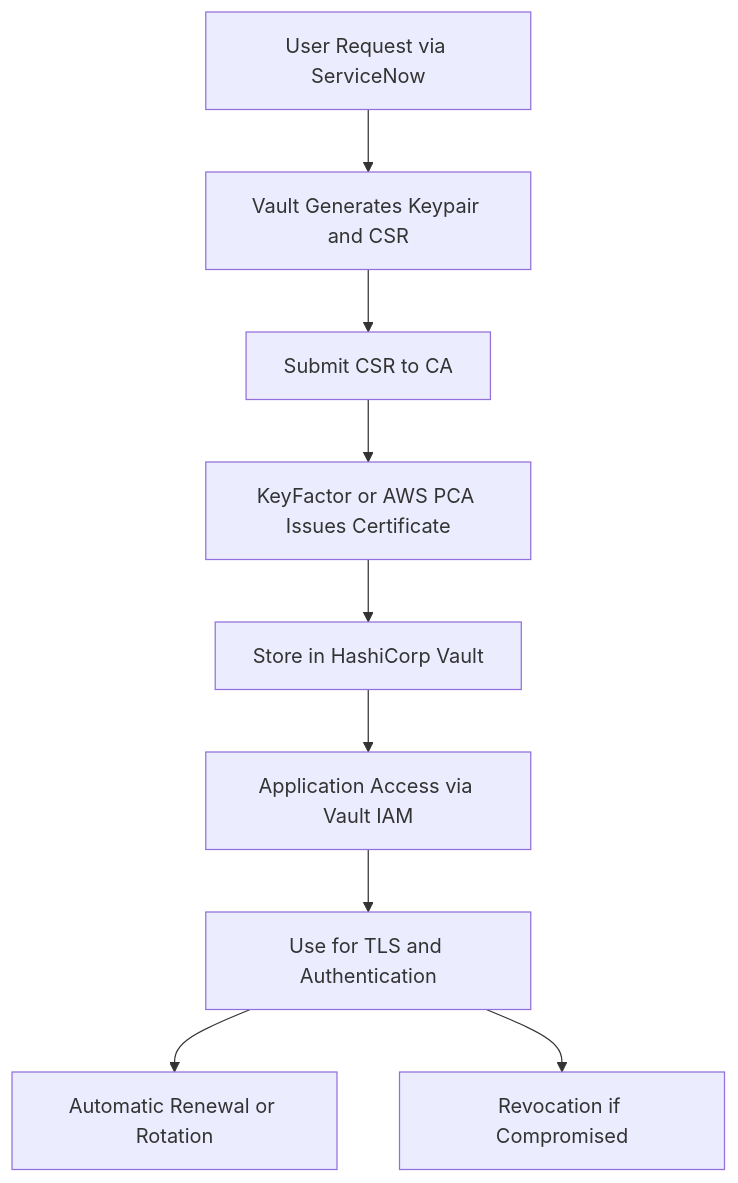
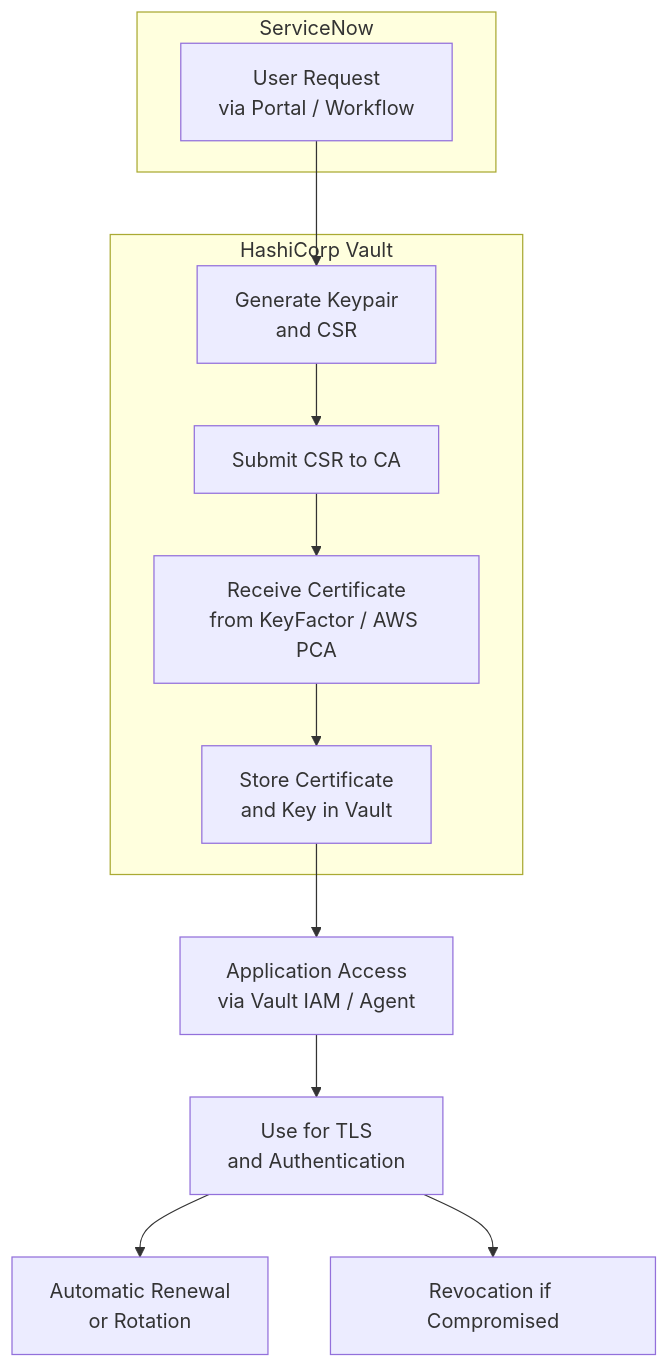
The diagram in README.md (EC528-Fall-2025/AutoSec-Certs), drawn with Mermaid before and after one commit. The commit also changed 1 other file, not shown here.

````diff
--- a/README.md
+++ b/README.md
@@ -64,11 +64,28 @@
 ```mermaid
 flowchart TD
-  A[User Request via ServiceNow] --> B[Vault Generates Keypair and CSR]
-  B --> C[Submit CSR to CA]
-  C --> D[KeyFactor or AWS PCA Issues Certificate]
-  D --> E[Store in HashiCorp Vault]
-  E --> F[Application Access via Vault IAM]
-  F --> G[Use for TLS and Authentication]
-  G --> H[Automatic Renewal or Rotation]
-  G --> I[Revocation if Compromised]
+  subgraph SN[ServiceNow]
+    A[User Request<br/>via Portal / Workflow]
+  end
+
+  subgraph HV[HashiCorp Vault]
+    B[Generate Keypair<br/>and CSR]
+    C[Submit CSR to CA]
+    D[Receive Certificate<br/>from KeyFactor / AWS PCA]
+    E[Store Certificate<br/>and Key in Vault]
+
+end
+    F[Application Access<br/>via Vault IAM / Agent]
+    G[Use for TLS<br/>and Authentication]
+    H[Automatic Renewal<br/>or Rotation]
+    I[Revocation if Compromised]
+ 
+
+  A --> B
+  B --> C
+  C --> D
+  D --> E
+  E --> F
+  F --> G
+  G --> H
+  G --> I
 ```
````
